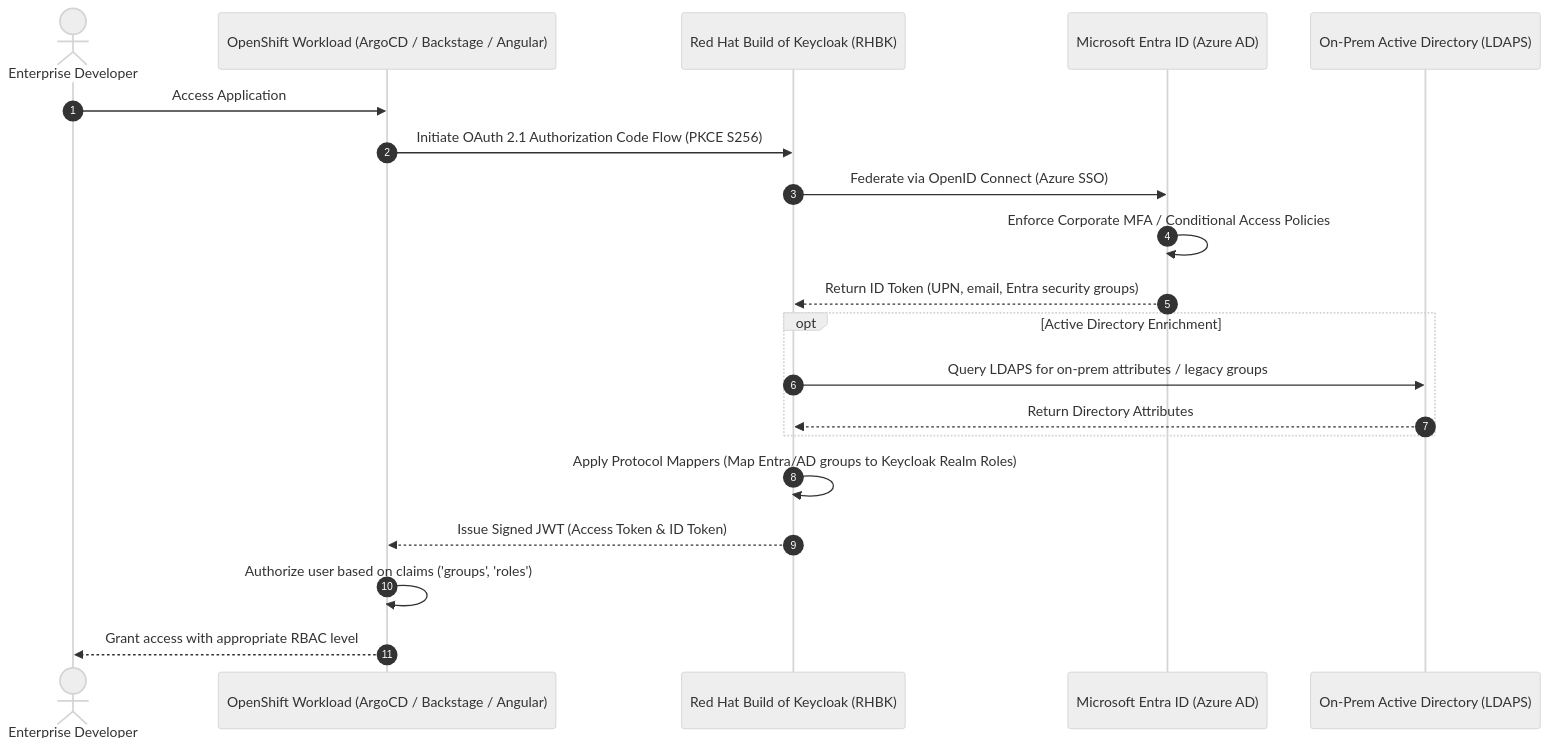
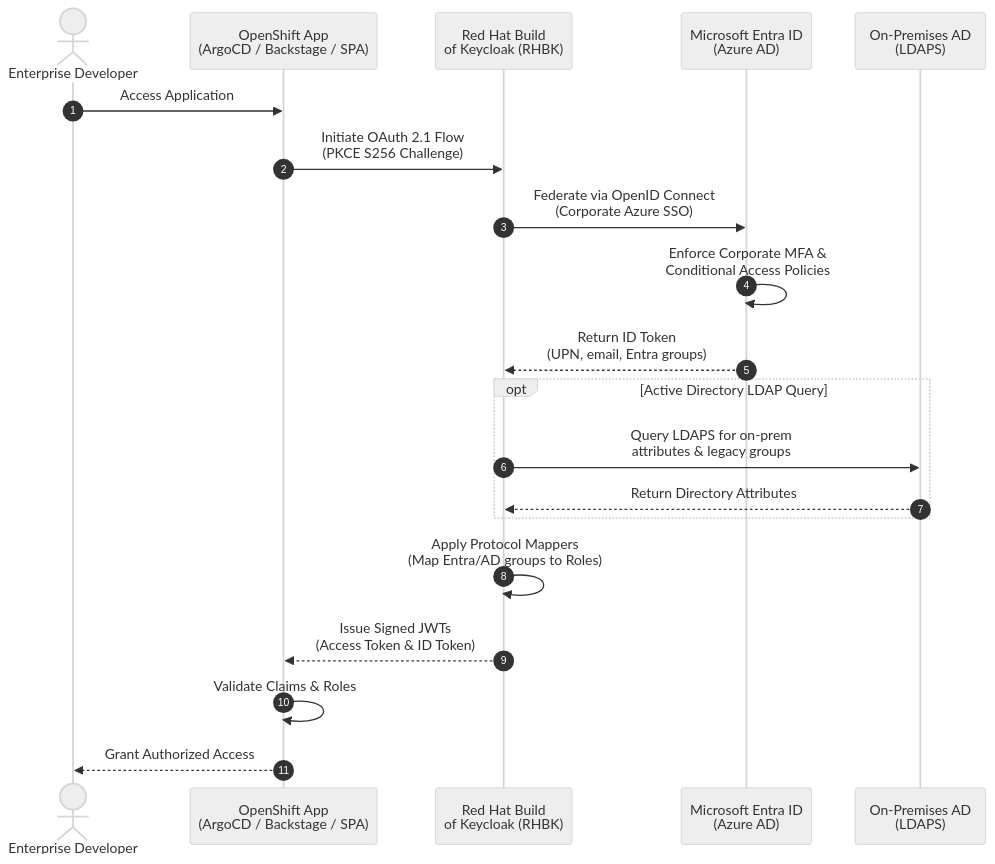
Before and after one commit to nubenetes/keycloak-openshift-2026: the second of 3 diagrams in README.md, drawn with Mermaid (neutral theme). The commit also changed other lines of this file and 11 other files, not shown here.

Commit message:
fix(docs): optimize Mermaid architecture and sequence diagrams with text-wrapped node labels and improved layout

````diff
--- a/README.md
+++ b/README.md
@@ -122,23 +120,23 @@
 ```mermaid
 sequenceDiagram
     autonumber
     actor Dev as Enterprise Developer
-    participant ClientApp as OpenShift Workload (ArgoCD / Backstage / Angular)
-    participant Keycloak as Red Hat Build of Keycloak (RHBK)
-    participant Entra as Microsoft Entra ID (Azure AD)
-    participant AD as On-Prem Active Directory (LDAPS)
+    participant ClientApp as OpenShift App<br/>(ArgoCD / Backstage / SPA)
+    participant Keycloak as Red Hat Build<br/>of Keycloak (RHBK)
+    participant Entra as Microsoft Entra ID<br/>(Azure AD)
+    participant AD as On-Premises AD<br/>(LDAPS)
 
     Dev->>ClientApp: Access Application
-    ClientApp->>Keycloak: Initiate OAuth 2.1 Authorization Code Flow (PKCE S256)
-    Keycloak->>Entra: Federate via OpenID Connect (Azure SSO)
-    Entra->>Entra: Enforce Corporate MFA / Conditional Access Policies
-    Entra-->>Keycloak: Return ID Token (UPN, email, Entra security groups)
-    opt Active Directory Enrichment
-        Keycloak->>AD: Query LDAPS for on-prem attributes / legacy groups
+    ClientApp->>Keycloak: Initiate OAuth 2.1 Flow<br/>(PKCE S256 Challenge)
+    Keycloak->>Entra: Federate via OpenID Connect<br/>(Corporate Azure SSO)
+    Entra->>Entra: Enforce Corporate MFA &<br/>Conditional Access Policies
+    Entra-->>Keycloak: Return ID Token<br/>(UPN, email, Entra groups)
+    opt Active Directory LDAP Query
+        Keycloak->>AD: Query LDAPS for on-prem<br/>attributes & legacy groups
         AD-->>Keycloak: Return Directory Attributes
     end
-    Keycloak->>Keycloak: Apply Protocol Mappers (Map Entra/AD groups to Keycloak Realm Roles)
-    Keycloak-->>ClientApp: Issue Signed JWT (Access Token & ID Token)
-    ClientApp->>ClientApp: Authorize user based on claims ('groups', 'roles')
-    ClientApp-->>Dev: Grant access with appropriate RBAC level
+    Keycloak->>Keycloak: Apply Protocol Mappers<br/>(Map Entra/AD groups to Roles)
+    Keycloak-->>ClientApp: Issue Signed JWTs<br/>(Access Token & ID Token)
+    ClientApp->>ClientApp: Validate Claims & Roles
+    ClientApp-->>Dev: Grant Authorized Access
 ```
````
